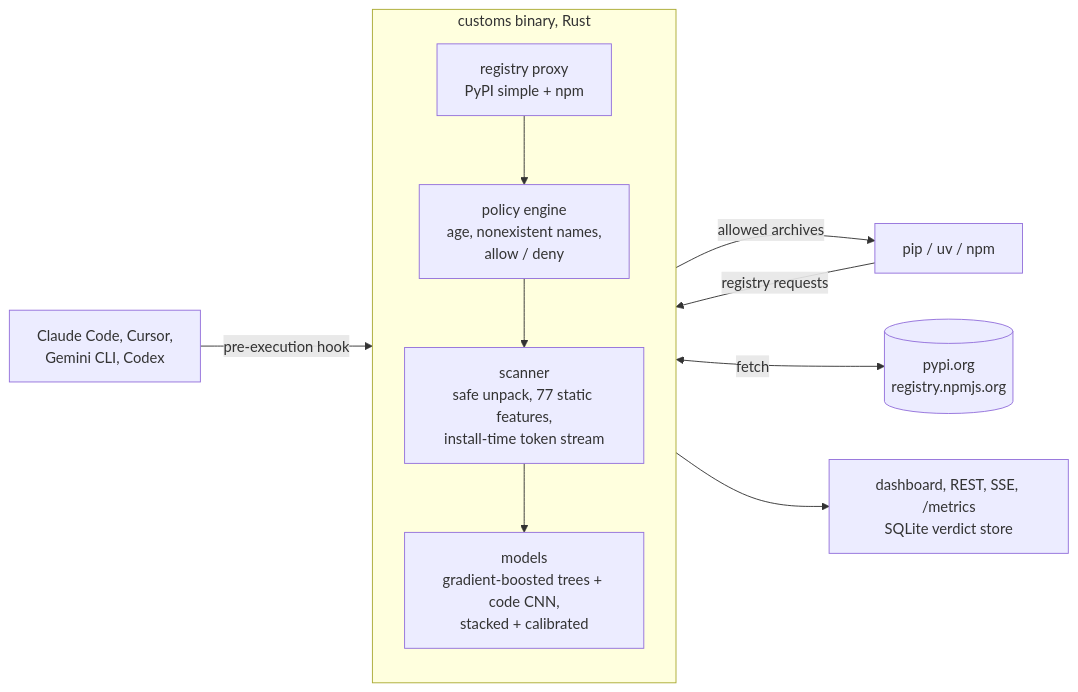
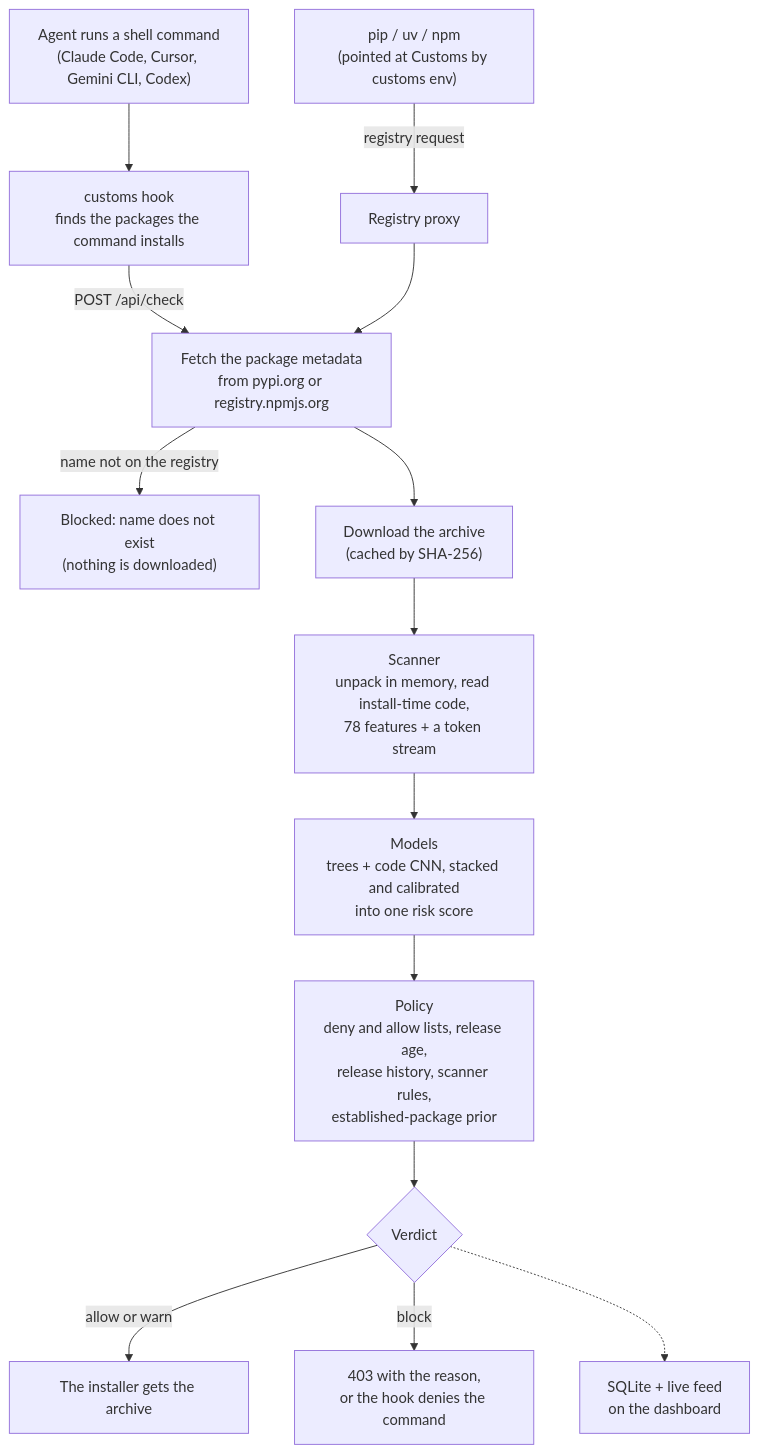
One commit to yib7/customs changed the diagram in README.md. Above: the diagram before and after it, drawn with Mermaid. The commit also changed other lines of this file and 5 other files, not shown here.

Commit message:
README: shorter, a request lifecycle diagram, current numbers and limits; docs: 78 features, security headers, allowed hosts

````diff
--- a/README.md
+++ b/README.md
@@ -55,14 +75,16 @@
 ```mermaid
-flowchart LR
-    A[pip / uv / npm] -->|registry requests| P
-    C[Claude Code, Cursor,<br/>Gemini CLI, Codex] -->|pre-execution hook| P
-    subgraph P[customs binary, Rust]
-      direction TB
-      R[registry proxy<br/>PyPI simple + npm] --> POL[policy engine<br/>age, nonexistent names,<br/>allow / deny]
-      POL --> S[scanner<br/>safe unpack, 77 static features,<br/>install-time token stream]
-      S --> M[models<br/>gradient-boosted trees + code CNN,<br/>stacked + calibrated]
-    end
-    P -->|allowed archives| A
-    P <-->|fetch| U[(pypi.org<br/>registry.npmjs.org)]
-    P --> D[dashboard, REST, SSE, /metrics<br/>SQLite verdict store]
+flowchart TD
+    AG["Agent runs a shell command<br/>(Claude Code, Cursor, Gemini CLI, Codex)"] --> HK["customs hook<br/>finds the packages the command installs"]
+    PM["pip / uv / npm<br/>(pointed at Customs by customs env)"] -->|registry request| PX["Registry proxy"]
+    HK -->|POST /api/check| MD
+    PX --> MD["Fetch the package metadata<br/>from pypi.org or registry.npmjs.org"]
+    MD -->|name not on the registry| NX["Blocked: name does not exist<br/>(nothing is downloaded)"]
+    MD --> DL["Download the archive<br/>(cached by SHA-256)"]
+    DL --> SC["Scanner<br/>unpack in memory, read install-time code,<br/>78 features + a token stream"]
+    SC --> ML["Models<br/>trees + code CNN, stacked and calibrated<br/>into one risk score"]
+    ML --> PO["Policy<br/>deny and allow lists, release age,<br/>release history, scanner rules,<br/>established-package prior"]
+    PO --> V{"Verdict"}
+    V -->|allow or warn| OK["The installer gets the archive"]
+    V -->|block| NO["403 with the reason,<br/>or the hook denies the command"]
+    V -.-> DB["SQLite + live feed<br/>on the dashboard"]
 ```
````
